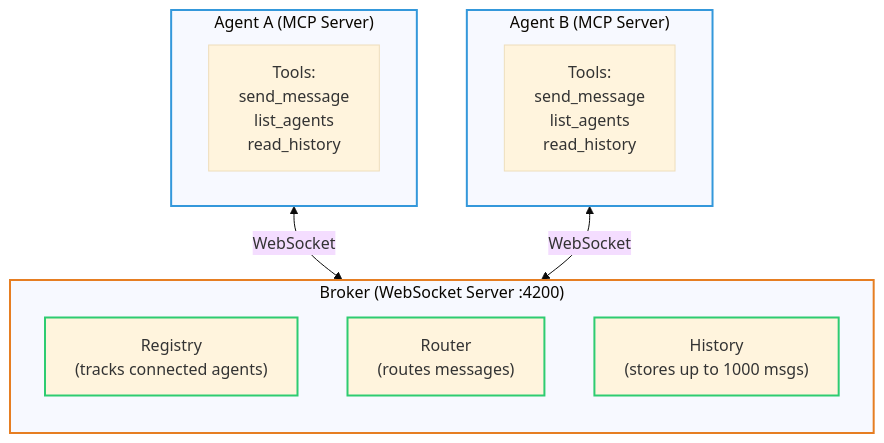
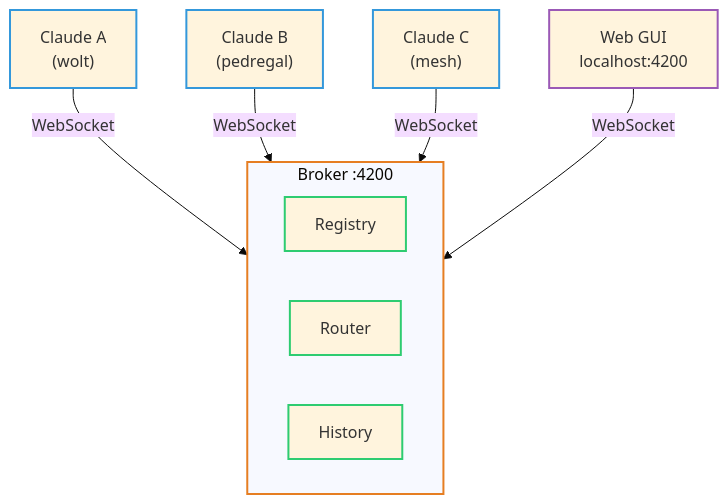
One commit to amedeomajer/agent_mesh changed the diagram in README.md. Above: the diagram before and after it, drawn with Mermaid (base theme). The commit also changed other lines of this file and 1 other file, not shown here.

````diff
--- a/README.md
+++ b/README.md
@@ -31,27 +9,22 @@
 ```mermaid
-graph TB
-    subgraph Broker["Broker (WebSocket Server :4200)"]
-        direction TB
-        Registry["Registry\n(tracks connected agents)"]
-        Router["Router\n(routes messages)"]
-        History["History\n(stores up to 1000 msgs)"]
+graph TD
+    A["Claude A<br/>(wolt)"] -->|WebSocket| Broker
+    B["Claude B<br/>(pedregal)"] -->|WebSocket| Broker
+    C["Claude C<br/>(mesh)"] -->|WebSocket| Broker
+    GUI["Web GUI<br/>localhost:4200"] -->|WebSocket| Broker
+
+    subgraph Broker[" Broker :4200 "]
+        Registry["Registry"]
+        Router["Router"]
+        History["History"]
     end
 
-    subgraph A1["Agent A (MCP Server)"]
-        Tools1["Tools:\nsend_message\nlist_agents\nread_history"]
-    end
-
-    subgraph A2["Agent B (MCP Server)"]
-        Tools2["Tools:\nsend_message\nlist_agents\nread_history"]
-    end
-
-    A1 <-->|WebSocket| Broker
-    A2 <-->|WebSocket| Broker
-
+    style A stroke:#3498db,stroke-width:2px
+    style B stroke:#3498db,stroke-width:2px
+    style C stroke:#3498db,stroke-width:2px
+    style GUI stroke:#9b59b6,stroke-width:2px
     style Broker stroke:#e67e22,stroke-width:2px
-    style A1 stroke:#3498db,stroke-width:2px
-    style A2 stroke:#3498db,stroke-width:2px
     style Registry stroke:#2ecc71,stroke-width:2px
     style Router stroke:#2ecc71,stroke-width:2px
     style History stroke:#2ecc71,stroke-width:2px
 ```
````
